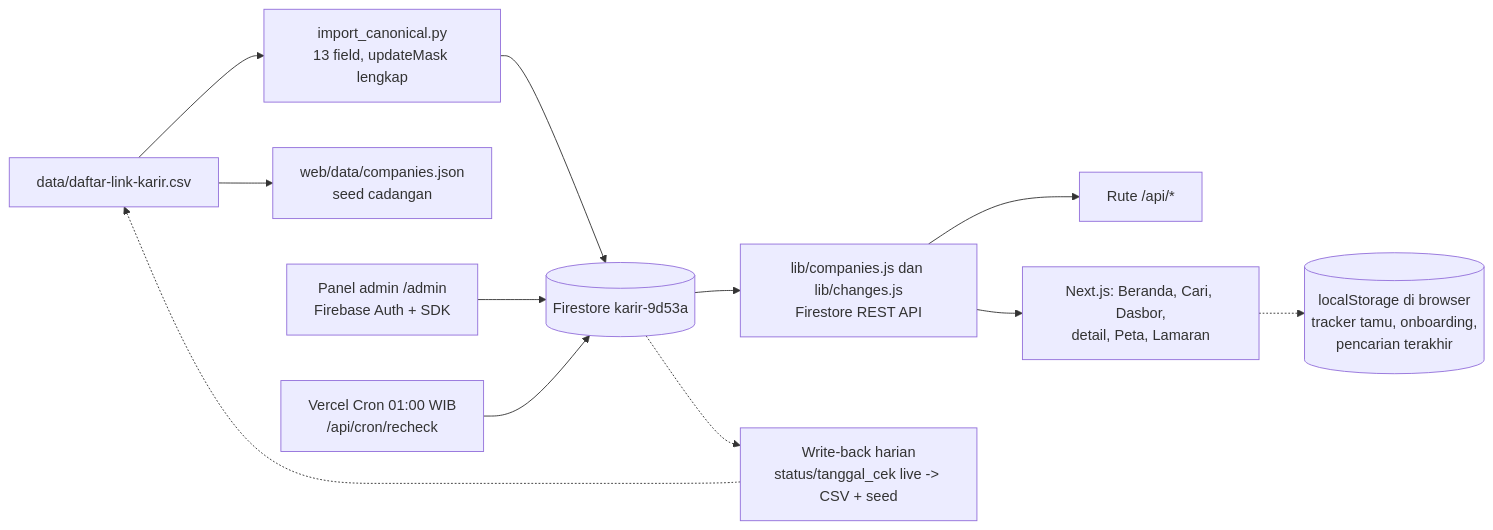
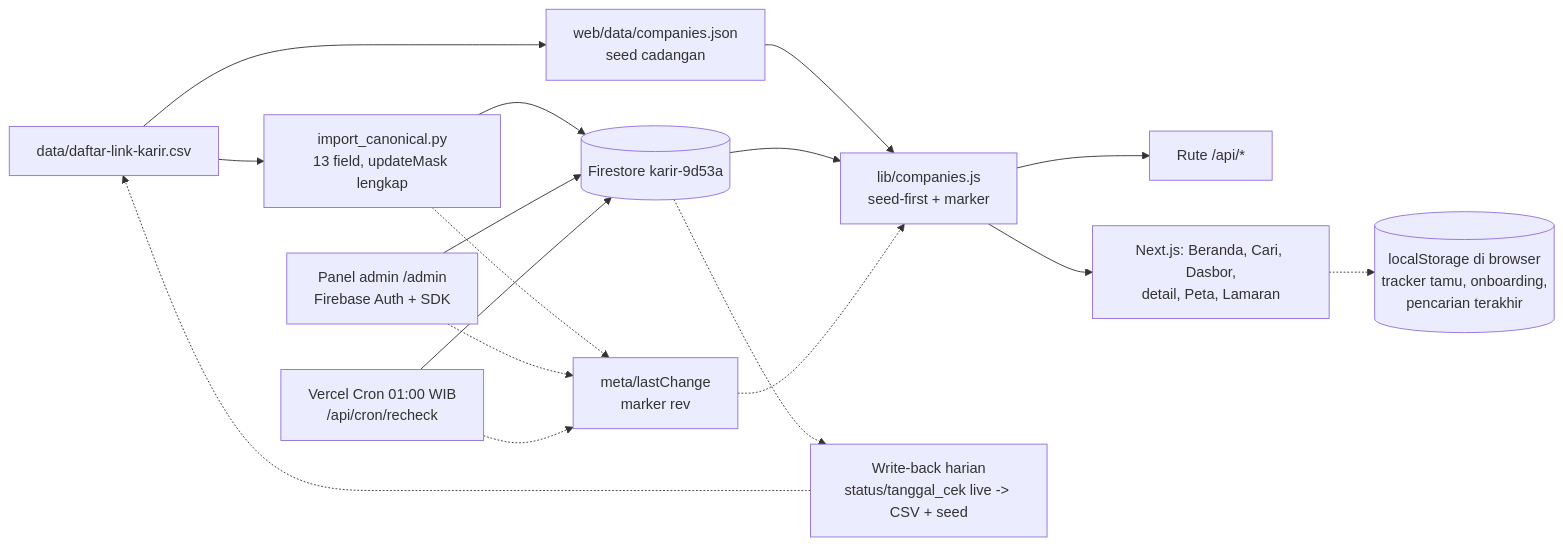
One commit to adiprmx/karir changed the diagram in docs/ARCHITECTURE.md. Above: the diagram before and after it, drawn with Mermaid. The commit also changed other lines of this file and 23 other files, not shown here.

Commit message:
T15: seed-first dan marker kesegaran, API tetap 200 dari seed saat Firestore mati

````diff
--- a/docs/ARCHITECTURE.md
+++ b/docs/ARCHITECTURE.md
@@ -10,14 +10,19 @@
 ```mermaid
 flowchart LR
     CSV[data/daftar-link-karir.csv] --> IMPOR[import_canonical.py\n13 field, updateMask lengkap]
     IMPOR --> FS[(Firestore karir-9d53a)]
+    IMPOR -.-> MARK[meta/lastChange\nmarker rev]
     CSV --> SEED[web/data/companies.json\nseed cadangan]
-    FS --> REST[lib/companies.js dan lib/changes.js\nFirestore REST API]
+    SEED --> REST[lib/companies.js\nseed-first + marker]
+    FS --> REST
+    MARK -.-> REST
     REST --> API[Rute /api/*]
     REST --> HAL[Next.js: Beranda, Cari, Dasbor,\ndetail, Peta, Lamaran]
     ADMIN[Panel admin /admin\nFirebase Auth + SDK] --> FS
+    ADMIN -.-> MARK
     CRON[Vercel Cron 01:00 WIB\n/api/cron/recheck] --> FS
+    CRON -.-> MARK
     FS -.-> WB[Write-back harian\nstatus/tanggal_cek live -> CSV + seed]
     WB -.-> CSV
     HAL -.-> LS[(localStorage di browser\ntracker tamu, onboarding,\npencarian terakhir)]
 ```
````
